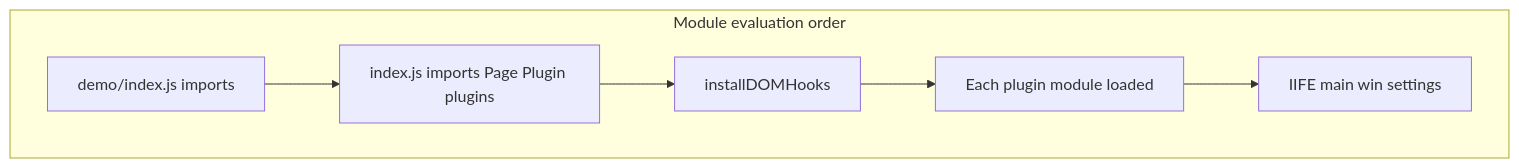
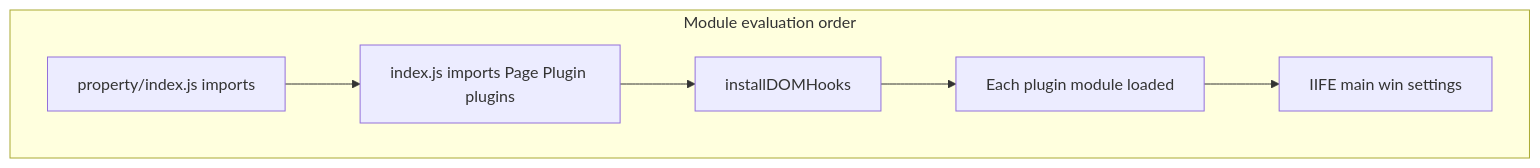
One commit to shishiv30/vue-cui changed the second of 8 diagrams in docs/client-js-lifecycle.md. Above: the diagram before and after it, drawn with Mermaid. The commit also changed other lines of this file and 341 other files, not shown here.

````diff
--- a/docs/client-js-lifecycle.md
+++ b/docs/client-js-lifecycle.md
@@ -41,11 +41,11 @@
 ```mermaid
 flowchart TD
 	subgraph moduleEval [Module evaluation order]
-		A[demo/index.js imports]
+		A[property/index.js imports]
 		B[index.js imports Page Plugin plugins]
 		C[installDOMHooks]
 		D[Each plugin module loaded]
 		E[IIFE main win settings]
 		A --> B --> C --> D --> E
 	end
 ```
````
